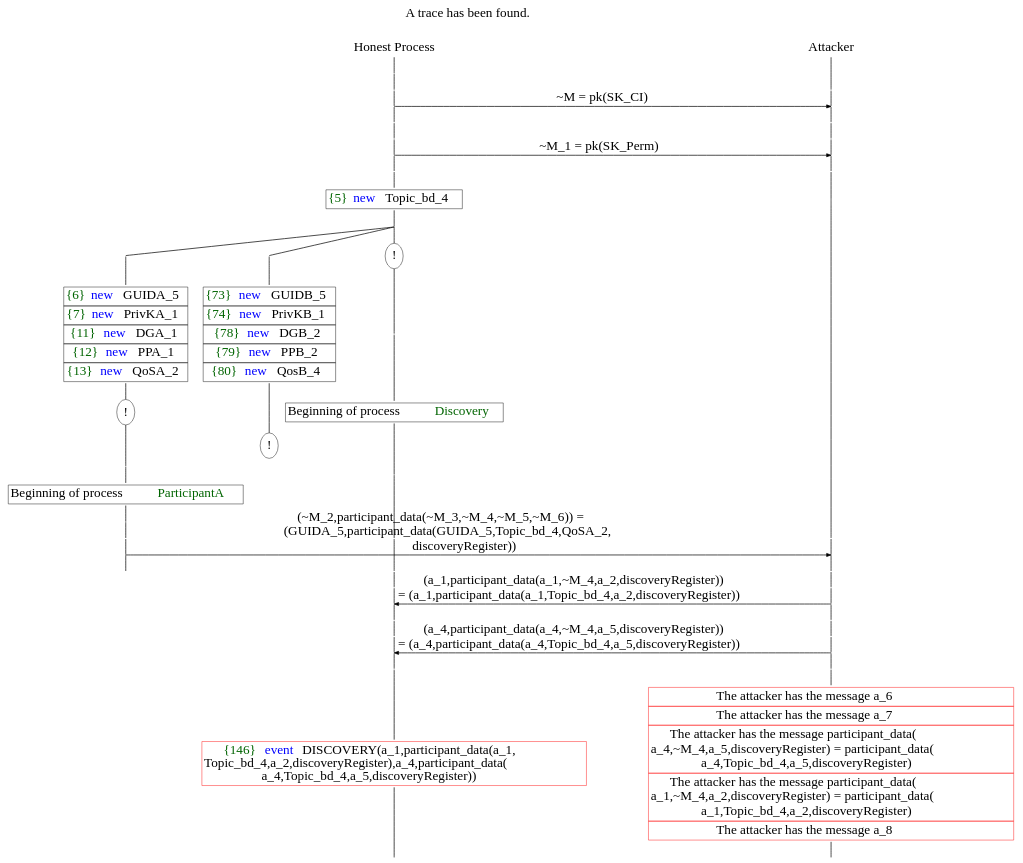
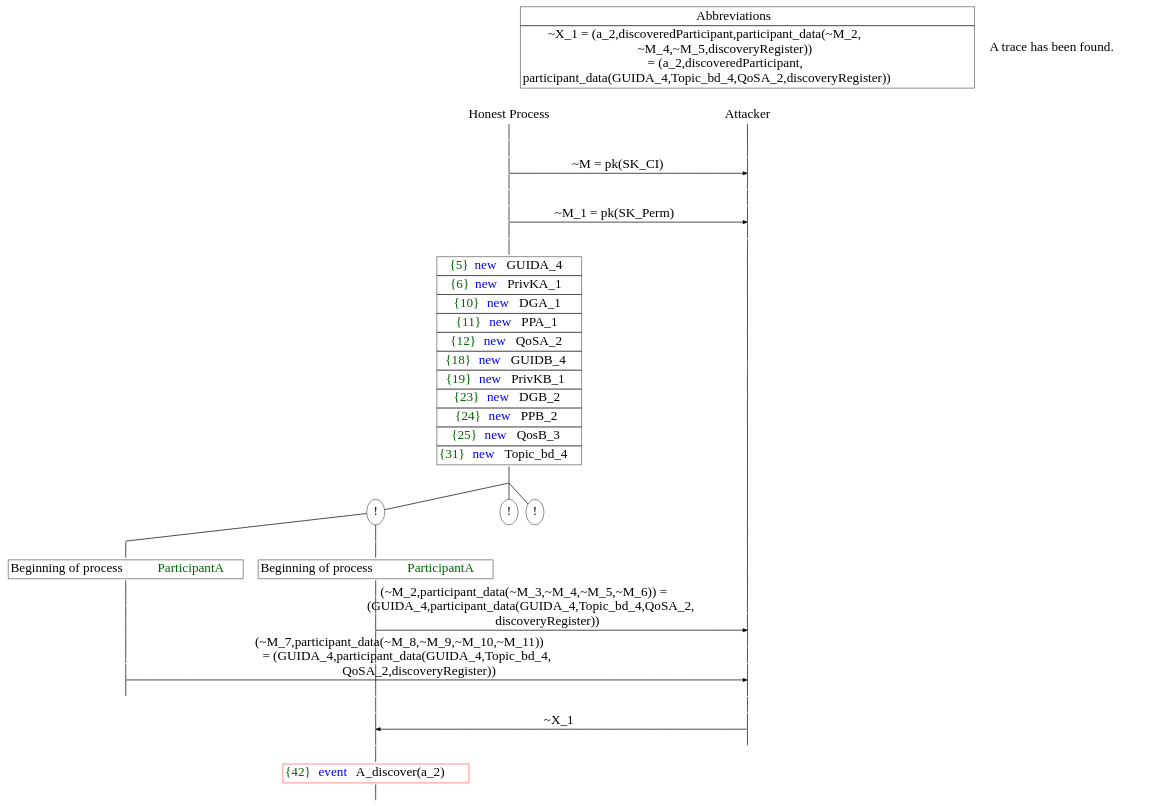
Before and after one commit to biiNG/DDS-SecurityVerif: the diagram in result/trace11.dot, drawn with Graphviz. The commit also changed 134 other files, not shown here.

Commit message:
update result graph&html

```diff
--- a/result/trace11.dot
+++ b/result/trace11.dot
@@ -1,112 +1,121 @@
 digraph {
 graph [ordering = out]
 edge [arrowhead = none, penwidth = 1.6, fontsize = 30]
 node [shape = point, width = 0, height = 0, fontsize = 30]
 Trace<br/>
 [label = <A trace has been found.<br/>
 >, shape = plaintext]
 P0__0 [label = "Honest Process", shape = plaintext]
 P__0 [label = "Attacker", shape = plaintext]
 Trace -> P0__0 [label = "", style = invisible, weight = 100]{rank = same; P0__0 P__0}
 P0__0 -> P0__1 [label = <>, weight = 100]
 P0__1 -> P0__2 [label = <>, weight = 100]
 P__0 -> P__1 [label = <>, weight = 100]
 {rank = same; P__1 P0__2}
 P0__2 -> P0__3 [label = <>, weight = 100]
 P__1 -> P__2 [label = <>, weight = 100]
 {rank = same; P__2 P0__3}
 P0__3 -> P__2 [label = <~M = pk(SK_CI)>, arrowhead = normal]
 P0__3 -> P0__4 [label = <>, weight = 100]
 P__2 -> P__3 [label = <>, weight = 100]
 {rank = same; P__3 P0__4}
 P0__4 -> P0__5 [label = <>, weight = 100]
 P__3 -> P__4 [label = <>, weight = 100]
 {rank = same; P__4 P0__5}
 P0__5 -> P0__6 [label = <>, weight = 100]
 P__4 -> P__5 [label = <>, weight = 100]
 {rank = same; P__5 P0__6}
 P0__6 -> P__5 [label = <~M_1 = pk(SK_Perm)>, arrowhead = normal]
 P0__6 -> P0__7 [label = <>, weight = 100]
 P__5 -> P__6 [label = <>, weight = 100]
 {rank = same; P__6 P0__7}
 P0__7 -> P0__8 [label = <>, weight = 100]
-P0__8 [shape = plaintext, label = <<TABLE BORDER="0" CELLBORDER="1" CELLSPACING="0" CELLPADDING="4"> <TR><TD><FONT COLOR="darkgreen">{5}</FONT><FONT COLOR="blue">new </FONT>Topic_bd_4</TD></TR></TABLE>>]
+P0__8 [shape = plaintext, label = <<TABLE BORDER="0" CELLBORDER="1" CELLSPACING="0" CELLPADDING="4"> <TR><TD><FONT COLOR="darkgreen">{5}</FONT><FONT COLOR="blue">new </FONT>GUIDA_4</TD></TR><TR><TD><FONT COLOR="darkgreen">{6}</FONT><FONT COLOR="blue">new </FONT>PrivKA_1</TD></TR><TR><TD><FONT COLOR="darkgreen">{10}</FONT><FONT COLOR="blue">new </FONT>DGA_1</TD></TR><TR><TD><FONT COLOR="darkgreen">{11}</FONT><FONT COLOR="blue">new </FONT>PPA_1</TD></TR><TR><TD><FONT COLOR="darkgreen">{12}</FONT><FONT COLOR="blue">new </FONT>QoSA_2</TD></TR><TR><TD><FONT COLOR="darkgreen">{18}</FONT><FONT COLOR="blue">new </FONT>GUIDB_4</TD></TR><TR><TD><FONT COLOR="darkgreen">{19}</FONT><FONT COLOR="blue">new </FONT>PrivKB_1</TD></TR><TR><TD><FONT COLOR="darkgreen">{23}</FONT><FONT COLOR="blue">new </FONT>DGB_2</TD></TR><TR><TD><FONT COLOR="darkgreen">{24}</FONT><FONT COLOR="blue">new </FONT>PPB_2</TD></TR><TR><TD><FONT COLOR="darkgreen">{25}</FONT><FONT COLOR="blue">new </FONT>QosB_3</TD></TR><TR><TD><FONT COLOR="darkgreen">{31}</FONT><FONT COLOR="blue">new </FONT>Topic_bd_4</TD></TR></TABLE>>]
 P0__8 -> P0__9 [label = <>, weight = 100]
 /*RPar */
 P0__9 -> P0_2__9 [label = <>]
 P0__9 -> P0_1__9 [label = <>]
 P0__9 -> P0_0__9 [label = <>]
 P0__9 [label = "", fixedsize = false, width = 0, height = 0, shape = none]
 {rank = same; P0_0__9 P0_1__9 P0_2__9}
 P0_0__9 [label = "!", shape = ellipse]
-P0_0_0__9 [label = "", fixedsize = false, width = 0, height = 0, shape = none]
-P0_0__9 -> P0_0_0__9 [label = <>, weight = 100]
-P0_0_0__9 -> P0_0_0__10 [label = <>, weight = 100]
-P0_0_0__10 [shape = plaintext, label = <<TABLE BORDER="0" CELLBORDER="1" CELLSPACING="0" CELLPADDING="4"> <TR><TD>Beginning of process <FONT COLOR="darkgreen">Discovery</FONT></TD></TR></TABLE>>]
-P0_0_0__10 -> P0_0_0__11 [label = <>, weight = 100]
-P0_1__9 -> P0_1__10 [label = <>, weight = 100]
-P0_1__10 [shape = plaintext, label = <<TABLE BORDER="0" CELLBORDER="1" CELLSPACING="0" CELLPADDING="4"> <TR><TD><FONT COLOR="darkgreen">{73}</FONT><FONT COLOR="blue">new </FONT>GUIDB_5</TD></TR><TR><TD><FONT COLOR="darkgreen">{74}</FONT><FONT COLOR="blue">new </FONT>PrivKB_1</TD></TR><TR><TD><FONT COLOR="darkgreen">{78}</FONT><FONT COLOR="blue">new </FONT>DGB_2</TD></TR><TR><TD><FONT COLOR="darkgreen">{79}</FONT><FONT COLOR="blue">new </FONT>PPB_2</TD></TR><TR><TD><FONT COLOR="darkgreen">{80}</FONT><FONT COLOR="blue">new </FONT>QosB_4</TD></TR></TABLE>>]
-P0_1__10 -> P0_1__11 [label = <>, weight = 100]
-P0_1__11 [label = "!", shape = ellipse]
-P0_2__9 -> P0_2__10 [label = <>, weight = 100]
-P0_2__10 [shape = plaintext, label = <<TABLE BORDER="0" CELLBORDER="1" CELLSPACING="0" CELLPADDING="4"> <TR><TD><FONT COLOR="darkgreen">{6}</FONT><FONT COLOR="blue">new </FONT>GUIDA_5</TD></TR><TR><TD><FONT COLOR="darkgreen">{7}</FONT><FONT COLOR="blue">new </FONT>PrivKA_1</TD></TR><TR><TD><FONT COLOR="darkgreen">{11}</FONT><FONT COLOR="blue">new </FONT>DGA_1</TD></TR><TR><TD><FONT COLOR="darkgreen">{12}</FONT><FONT COLOR="blue">new </FONT>PPA_1</TD></TR><TR><TD><FONT COLOR="darkgreen">{13}</FONT><FONT COLOR="blue">new </FONT>QoSA_2</TD></TR></TABLE>>]
-P0_2__10 -> P0_2__11 [label = <>, weight = 100]
-P0_2__11 [label = "!", shape = ellipse]
-P0_2_0__11 [label = "", fixedsize = false, width = 0, height = 0, shape = none]
-P0_2__11 -> P0_2_0__11 [label = <>, weight = 100]
+P0_1__9 [label = "!", shape = ellipse]
+P0_2__9 [label = "!", shape = ellipse]
+{rank = same; P0_2_1__9 P0_2_0__9}
+P0_2_1__9 [label = "", fixedsize = false, width = 0, height = 0, shape = none]
+P0_2__9 -> P0_2_1__9 [label = <>]
+P0_2_0__9 [label = "", fixedsize = false, width = 0, height = 0, shape = none]
+P0_2__9 -> P0_2_0__9 [label = <>]
+P0_2_0__9 -> P0_2_0__10 [label = <>, weight = 100]
+P0_2_0__10 [shape = plaintext, label = <<TABLE BORDER="0" CELLBORDER="1" CELLSPACING="0" CELLPADDING="4"> <TR><TD>Beginning of process <FONT COLOR="darkgreen">ParticipantA</FONT></TD></TR></TABLE>>]
+P0_2_0__10 -> P0_2_0__11 [label = <>, weight = 100]
 P0_2_0__11 -> P0_2_0__12 [label = <>, weight = 100]
-P0_2_0__12 [shape = plaintext, label = <<TABLE BORDER="0" CELLBORDER="1" CELLSPACING="0" CELLPADDING="4"> <TR><TD>Beginning of process <FONT COLOR="darkgreen">ParticipantA</FONT></TD></TR></TABLE>>]
+P0_1__10 [label = "", style = invisible]
+P0_1__9 -> P0_1__10 [label = <>, weight = 100, style = invisible]
+P0_0__10 [label = "", style = invisible]
+P0_0__9 -> P0_0__10 [label = <>, weight = 100, style = invisible]
+P__6 -> P__7 [label = <>, weight = 100]
+{rank = same; P__7 P0_0__10 P0_1__10 P0_2_0__12}
 P0_2_0__12 -> P0_2_0__13 [label = <>, weight = 100]
+P__7 -> P__8 [label = <>, weight = 100]
+{rank = same; P__8 P0_2_0__13}
+P0_2_0__13 -> P__8 [label = <(~M_2,participant_data(~M_3,~M_4,~M_5,~M_6)) =<br/>
+(GUIDA_4,participant_data(GUIDA_4,Topic_bd_4,QoSA_2,<br/>
+discoveryRegister))>, arrowhead = normal]
 P0_2_0__13 -> P0_2_0__14 [label = <>, weight = 100]
+P0_1__11 [label = "", style = invisible]
+P0_1__10 -> P0_1__11 [label = <>, weight = 100, style = invisible]
+P0_0__11 [label = "", style = invisible]
+P0_0__10 -> P0_0__11 [label = <>, weight = 100, style = invisible]
+P__8 -> P__9 [label = <>, weight = 100]
+{rank = same; P__9 P0_0__11 P0_1__11 P0_2_0__14}
+P0_2_1__9 -> P0_2_1__10 [label = <>, weight = 100]
+P0_2_1__10 [shape = plaintext, label = <<TABLE BORDER="0" CELLBORDER="1" CELLSPACING="0" CELLPADDING="4"> <TR><TD>Beginning of process <FONT COLOR="darkgreen">ParticipantA</FONT></TD></TR></TABLE>>]
+P0_2_1__10 -> P0_2_1__11 [label = <>, weight = 100]
+P0_2_1__11 -> P0_2_1__12 [label = <>, weight = 100]
+P0_2_0__14 -> P0_2_0__15 [label = <>, weight = 100]
 P0_1__12 [label = "", style = invisible]
 P0_1__11 -> P0_1__12 [label = <>, weight = 100, style = invisible]
-P0_0_0__11 -> P0_0_0__12 [label = <>, weight = 100]
-P__6 -> P__7 [label = <>, weight = 100]
-{rank = same; P__7 P0_0_0__12 P0_1__12 P0_2_0__14}
-P0_2_0__14 -> P0_2_0__15 [label = <>, weight = 100]
-P__7 -> P__8 [label = <>, weight = 100]
-{rank = same; P__8 P0_2_0__15}
-P0_2_0__15 -> P__8 [label = <(~M_2,participant_data(~M_3,~M_4,~M_5,~M_6)) =<br/>
-(GUIDA_5,participant_data(GUIDA_5,Topic_bd_4,QoSA_2,<br/>
-discoveryRegister))>, arrowhead = normal]
+P0_0__12 [label = "", style = invisible]
+P0_0__11 -> P0_0__12 [label = <>, weight = 100, style = invisible]
+P__9 -> P__10 [label = <>, weight = 100]
+{rank = same; P__10 P0_0__12 P0_1__12 P0_2_0__15 P0_2_1__12}
+P0_2_1__12 -> P0_2_1__13 [label = <>, weight = 100]
+P__10 -> P__11 [label = <>, weight = 100]
+{rank = same; P__11 P0_2_1__13}
+P0_2_1__13 -> P__11 [label = <(~M_7,participant_data(~M_8,~M_9,~M_10,~M_11))<br/>
+= (GUIDA_4,participant_data(GUIDA_4,Topic_bd_4,<br/>
+QoSA_2,discoveryRegister))>, arrowhead = normal]
+P0_2_1__13 -> P0_2_1__14 [label = <>, weight = 100]
 P0_2_0__15 -> P0_2_0__16 [label = <>, weight = 100]
 P0_1__13 [label = "", style = invisible]
 P0_1__12 -> P0_1__13 [label = <>, weight = 100, style = invisible]
-P0_0_0__12 -> P0_0_0__13 [label = <>, weight = 100]
-P__8 -> P__9 [label = <>, weight = 100]
-{rank = same; P__9 P0_0_0__13 P0_1__13 P0_2_0__16}
-P0_0_0__13 -> P0_0_0__14 [label = <>, weight = 100]
-P__9 -> P__10 [label = <>, weight = 100]
-{rank = same; P__10 P0_0_0__14}
-P0_0_0__14 -> P0_0_0__15 [label = <>, weight = 100]
-P__10 -> P__11 [label = <>, weight = 100]
-{rank = same; P__11 P0_0_0__15}
-P0_0_0__15 -> P__11 [label = <(a_1,participant_data(a_1,~M_4,a_2,discoveryRegister))<br/>
-= (a_1,participant_data(a_1,Topic_bd_4,a_2,discoveryRegister))>, dir = back, arrowhead = normal]
-P0_0_0__15 -> P0_0_0__16 [label = <>, weight = 100]
+P0_0__13 [label = "", style = invisible]
+P0_0__12 -> P0_0__13 [label = <>, weight = 100, style = invisible]
 P__11 -> P__12 [label = <>, weight = 100]
-{rank = same; P__12 P0_0_0__16}
-P0_0_0__16 -> P0_0_0__17 [label = <>, weight = 100]
+{rank = same; P__12 P0_0__13 P0_1__13 P0_2_0__16 P0_2_1__14}
+P0_2_0__16 -> P0_2_0__17 [label = <>, weight = 100]
+P0_1__14 [label = "", style = invisible]
+P0_1__13 -> P0_1__14 [label = <>, weight = 100, style = invisible]
+P0_0__14 [label = "", style = invisible]
+P0_0__13 -> P0_0__14 [label = <>, weight = 100, style = invisible]
 P__12 -> P__13 [label = <>, weight = 100]
-{rank = same; P__13 P0_0_0__17}
-P0_0_0__17 -> P0_0_0__18 [label = <>, weight = 100]
+{rank = same; P__13 P0_0__14 P0_1__14 P0_2_0__17}
+P0_2_0__17 -> P0_2_0__18 [label = <>, weight = 100]
 P__13 -> P__14 [label = <>, weight = 100]
-{rank = same; P__14 P0_0_0__18}
-P0_0_0__18 -> P__14 [label = <(a_4,participant_data(a_4,~M_4,a_5,discoveryRegister))<br/>
-= (a_4,participant_data(a_4,Topic_bd_4,a_5,discoveryRegister))>, dir = back, arrowhead = normal]
-P0_0_0__18 -> P0_0_0__19 [label = <>, weight = 100]
+{rank = same; P__14 P0_2_0__18}
+P0_2_0__18 -> P__14 [label = <~X_1>, dir = back, arrowhead = normal]
+P0_2_0__18 -> P0_2_0__19 [label = <>, weight = 100]
+P0_1__15 [label = "", style = invisible]
+P0_1__14 -> P0_1__15 [label = <>, weight = 100, style = invisible]
+P0_0__15 [label = "", style = invisible]
+P0_0__14 -> P0_0__15 [label = <>, weight = 100, style = invisible]
 P__14 -> P__15 [label = <>, weight = 100]
-{rank = same; P__15 P0_0_0__19}
-P0_0_0__19 -> P0_0_0__20 [label = <>, weight = 100]
-P0_0_0__20 [color = red, shape = plaintext, label = <<TABLE BORDER="0" CELLBORDER="1" CELLSPACING="0" CELLPADDING="4"> <TR><TD><FONT COLOR="darkgreen">{146}</FONT><FONT COLOR="blue">event</FONT> DISCOVERY(a_1,participant_data(a_1,<br/>
-Topic_bd_4,a_2,discoveryRegister),a_4,participant_data(<br/>
-a_4,Topic_bd_4,a_5,discoveryRegister))</TD></TR></TABLE>>]
-P0_0_0__20 -> P0_0_0__21 [label = <>, weight = 100]
-P__15 -> P__16 [label = <>, weight = 100]
-P__16 [color = red, shape = plaintext, label = <<TABLE BORDER="0" CELLBORDER="1" CELLSPACING="0" CELLPADDING="4"> <TR><TD>The attacker has the message a_6</TD></TR><TR><TD>The attacker has the message a_7</TD></TR><TR><TD>The attacker has the message participant_data(<br/>
-a_4,~M_4,a_5,discoveryRegister) = participant_data(<br/>
-a_4,Topic_bd_4,a_5,discoveryRegister)</TD></TR><TR><TD>The attacker has the message participant_data(<br/>
-a_1,~M_4,a_2,discoveryRegister) = participant_data(<br/>
-a_1,Topic_bd_4,a_2,discoveryRegister)</TD></TR><TR><TD>The attacker has the message a_8</TD></TR></TABLE>>]
-P__16 -> P__17 [label = <>, weight = 100]
-}
+{rank = same; P__15 P0_0__15 P0_1__15 P0_2_0__19}
+P0_2_0__19 -> P0_2_0__20 [label = <>, weight = 100]
+P0_2_0__20 [color = red, shape = plaintext, label = <<TABLE BORDER="0" CELLBORDER="1" CELLSPACING="0" CELLPADDING="4"> <TR><TD><FONT COLOR="darkgreen">{42}</FONT><FONT COLOR="blue">event</FONT> A_discover(a_2)</TD></TR></TABLE>>]
+P0_2_0__20 -> P0_2_0__21 [label = <>, weight = 100]
+Abbrev [shape = plaintext, label = <<TABLE BORDER="0" CELLBORDER="1" CELLSPACING="0" CELLPADDING="4"><TR> <TD> Abbreviations </TD></TR><TR><TD>~X_1 = (a_2,discoveredParticipant,participant_data(~M_2,<br/>
+~M_4,~M_5,discoveryRegister))<br/>
+= (a_2,discoveredParticipant,<br/>
+participant_data(GUIDA_4,Topic_bd_4,QoSA_2,discoveryRegister))</TD></TR></TABLE>>]Abbrev -> P__0 [style = invisible, weight =100]}
```
